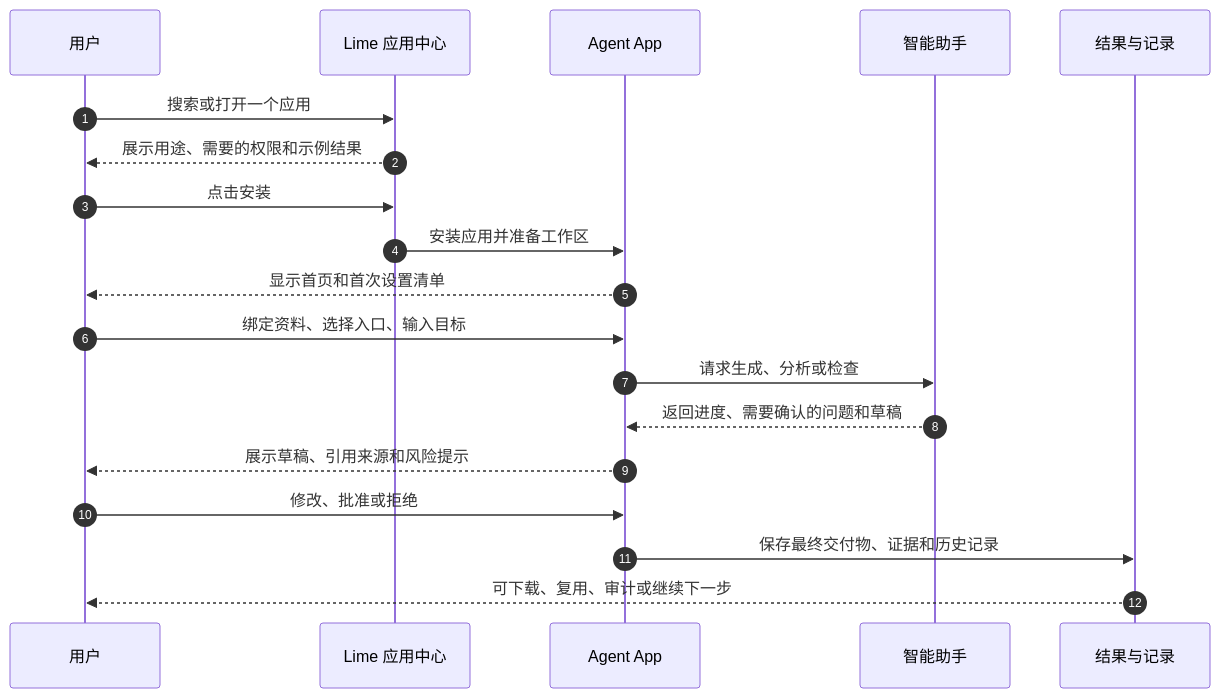
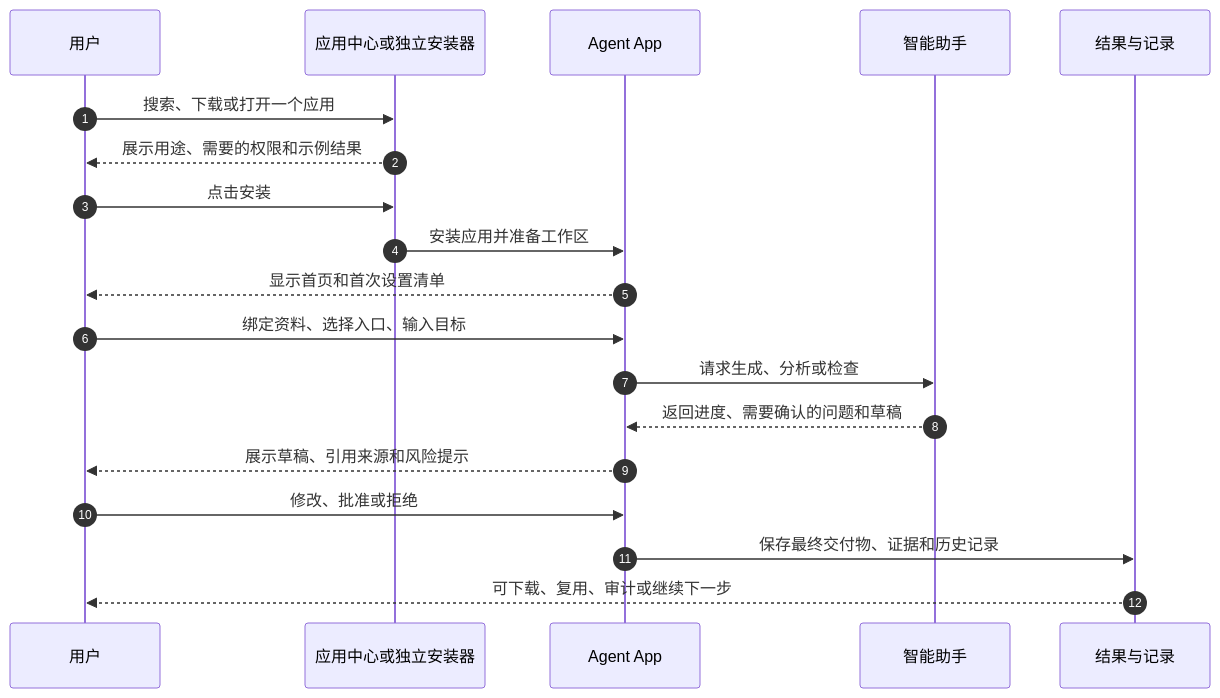
Before and after one commit to limecloud/agentapp: the first of 3 diagrams in docs/zh/what-is-agent-app.md, drawn with Mermaid. The commit also changed other lines of this file and 52 other files, not shown here.

````diff
--- a/docs/zh/what-is-agent-app.md
+++ b/docs/zh/what-is-agent-app.md
@@ -58,22 +64,22 @@
 ```mermaid
 sequenceDiagram
   autonumber
   participant User as 用户
-  participant Lime as Lime 应用中心
+  participant Lime as 应用中心或独立安装器
   participant App as Agent App
   participant Assistant as 智能助手
   participant Result as 结果与记录
 
-  User->>Lime: 搜索或打开一个应用
+  User->>Lime: 搜索、下载或打开一个应用
   Lime-->>User: 展示用途、需要的权限和示例结果
   User->>Lime: 点击安装
   Lime->>App: 安装应用并准备工作区
   App-->>User: 显示首页和首次设置清单
   User->>App: 绑定资料、选择入口、输入目标
   App->>Assistant: 请求生成、分析或检查
   Assistant-->>App: 返回进度、需要确认的问题和草稿
   App-->>User: 展示草稿、引用来源和风险提示
   User->>App: 修改、批准或拒绝
   App->>Result: 保存最终交付物、证据和历史记录
   Result-->>User: 可下载、复用、审计或继续下一步
 ```
````
